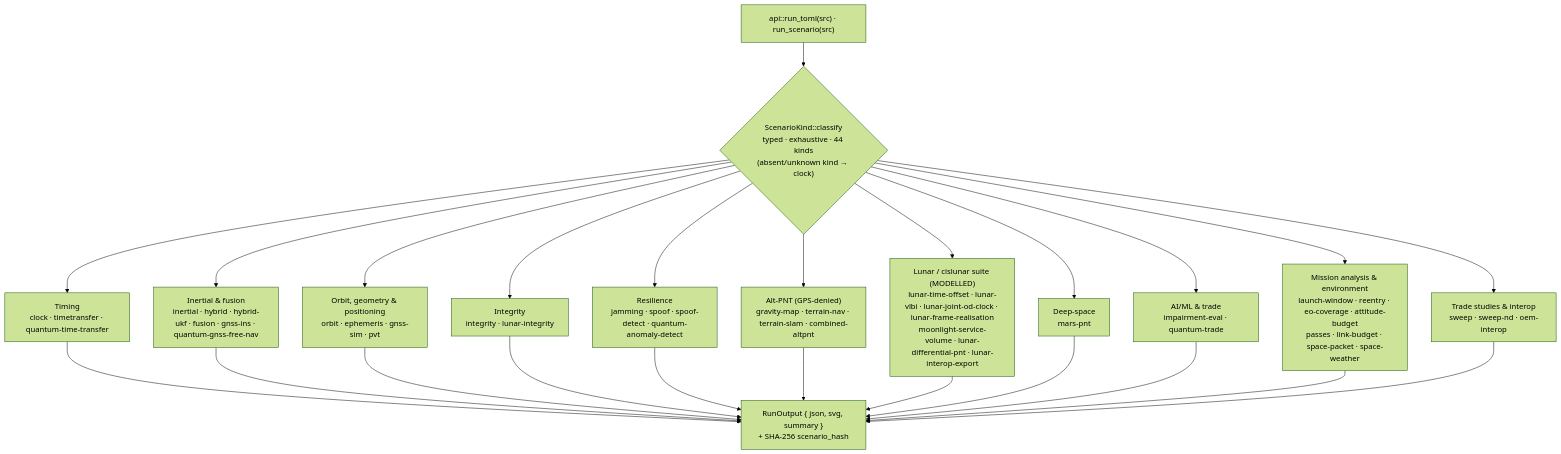
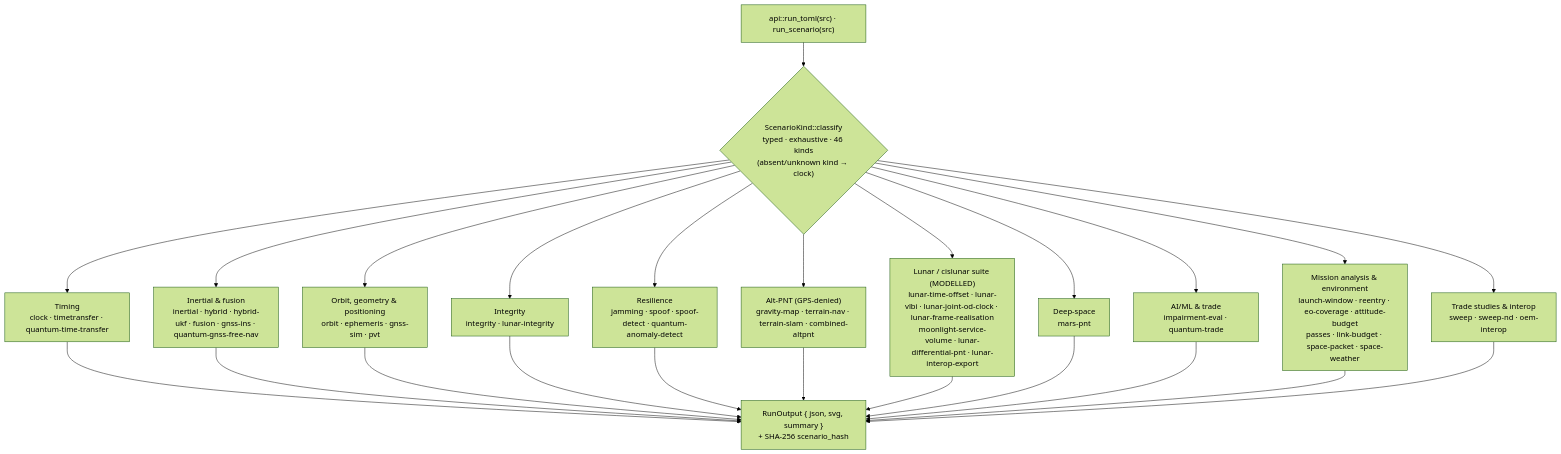
One commit to ashfordeOU/kshana changed the seventh of 11 diagrams in docs/ARCHITECTURE.md. Above: the diagram before and after it, drawn with Mermaid (forest theme). The commit also changed other lines of this file and 11 other files, not shown here.

````diff
--- a/docs/ARCHITECTURE.md
+++ b/docs/ARCHITECTURE.md
@@ -406,16 +406,16 @@
 ```mermaid
 flowchart TD
-    F["api::run_toml(src) · run_scenario(src)"] --> K{"ScenarioKind::classify<br/>typed · exhaustive · 44 kinds<br/>(absent/unknown kind → clock)"}
+    F["api::run_toml(src) · run_scenario(src)"] --> K{"ScenarioKind::classify<br/>typed · exhaustive · 46 kinds<br/>(absent/unknown kind → clock)"}
     K --> G1["Timing<br/>clock · timetransfer · quantum-time-transfer"]
     K --> G2["Inertial & fusion<br/>inertial · hybrid · hybrid-ukf · fusion · gnss-ins · quantum-gnss-free-nav"]
     K --> G3["Orbit, geometry & positioning<br/>orbit · ephemeris · gnss-sim · pvt"]
     K --> G4["Integrity<br/>integrity · lunar-integrity"]
     K --> G5["Resilience<br/>jamming · spoof · spoof-detect · quantum-anomaly-detect"]
     K --> G6["Alt-PNT (GPS-denied)<br/>gravity-map · terrain-nav · terrain-slam · combined-altpnt"]
     K --> G7["Lunar / cislunar suite (MODELLED)<br/>lunar-time-offset · lunar-vlbi · lunar-joint-od-clock · lunar-frame-realisation<br/>moonlight-service-volume · lunar-differential-pnt · lunar-interop-export"]
     K --> G8["Deep-space<br/>mars-pnt"]
     K --> G9["AI/ML & trade<br/>impairment-eval · quantum-trade"]
     K --> G10["Mission analysis & environment<br/>launch-window · reentry · eo-coverage · attitude-budget<br/>passes · link-budget · space-packet · space-weather"]
     K --> G11["Trade studies & interop<br/>sweep · sweep-nd · oem-interop"]
     G1 & G2 & G3 & G4 & G5 & G6 & G7 & G8 & G9 & G10 & G11 --> W["RunOutput { json, svg, summary }<br/>+ SHA-256 scenario_hash"]
 ```
````
